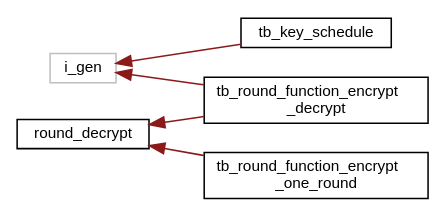
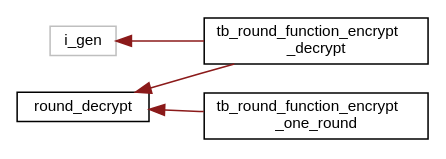
One commit to FlorianFrank/SPECK_Cipher_Verilog changed the diagram in inherit_graph_2.dot. Above: the diagram before and after it, drawn with Graphviz. The commit also changed 104 other files, not shown here.

```diff
--- a/inherit_graph_2.dot
+++ b/inherit_graph_2.dot
@@ -1,16 +1,14 @@
 digraph "Graphical Class Hierarchy"
 {
  // INTERACTIVE_SVG=YES
   edge [fontname="Helvetica",fontsize="10",labelfontname="Helvetica",labelfontsize="10"];
   node [fontname="Helvetica",fontsize="10",shape=record];
   rankdir="LR";
-  Node12 [label="i_gen",height=0.2,width=0.4,color="grey75", fillcolor="white", style="filled"];
-  Node12 -> Node13 [dir="back",color="firebrick4",fontsize="10",style="solid",fontname="Helvetica"];
-  Node13 [label="tb_key_schedule",height=0.2,width=0.4,color="black", fillcolor="white", style="filled",URL="$dc/d71/enumtb__key__schedule.html"];
-  Node12 -> Node1 [dir="back",color="firebrick4",fontsize="10",style="solid",fontname="Helvetica"];
+  Node14 [label="i_gen",height=0.2,width=0.4,color="grey75", fillcolor="white", style="filled"];
+  Node14 -> Node1 [dir="back",color="firebrick4",fontsize="10",style="solid",fontname="Helvetica"];
   Node1 [label="tb_round_function_encrypt\l_decrypt",height=0.2,width=0.4,color="black", fillcolor="white", style="filled",URL="$de/d77/enumtb__round__function__encrypt__decrypt.html"];
   Node0 [label="round_decrypt",height=0.2,width=0.4,color="black", fillcolor="white", style="filled",URL="$d9/d37/enumround__decrypt.html"];
   Node0 -> Node1 [dir="back",color="firebrick4",fontsize="10",style="solid",fontname="Helvetica"];
   Node0 -> Node2 [dir="back",color="firebrick4",fontsize="10",style="solid",fontname="Helvetica"];
   Node2 [label="tb_round_function_encrypt\l_one_round",height=0.2,width=0.4,color="black", fillcolor="white", style="filled",URL="$db/d4d/enumtb__round__function__encrypt__one__round.html"];
 }
```
